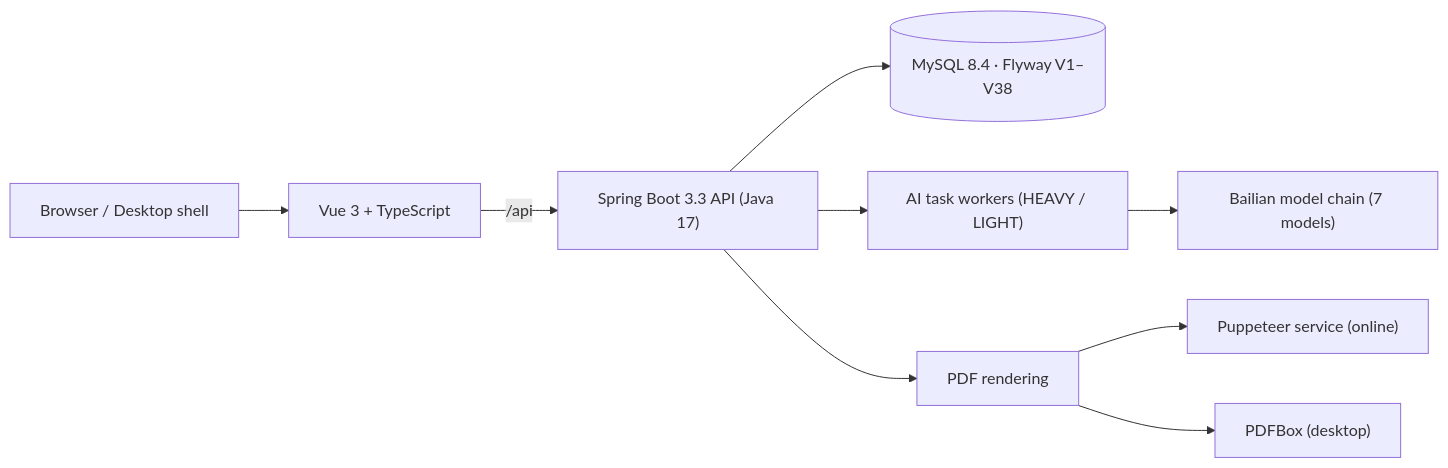
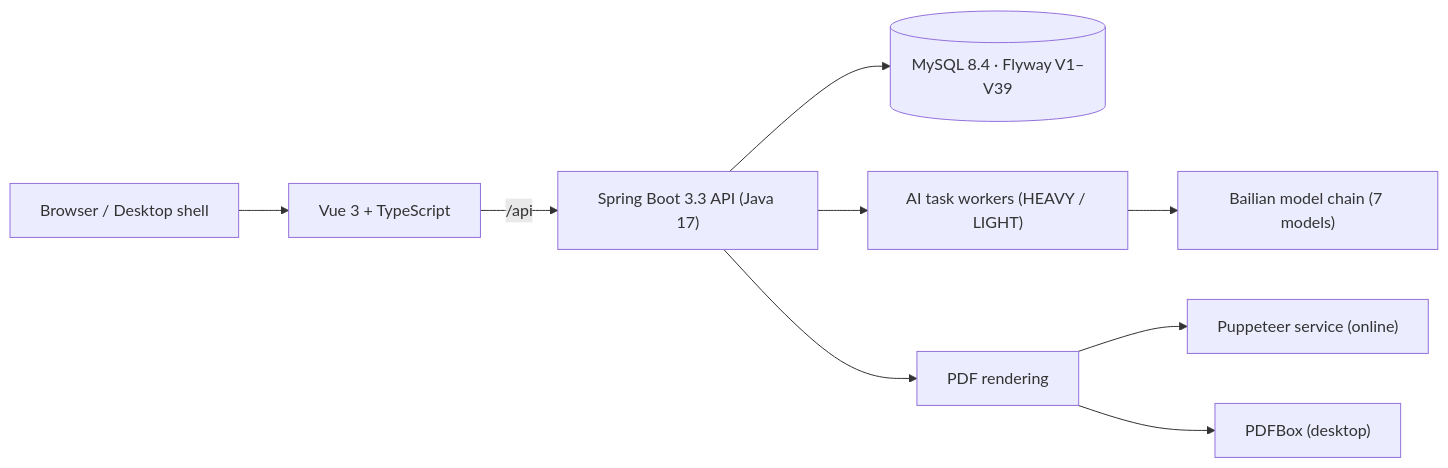
Before and after one commit to BYNekoNay/intelligent-resume-builder: the diagram in README.en.md, drawn with Mermaid. The commit also changed 5 other files, not shown here.

````diff
--- a/README.en.md
+++ b/README.en.md
@@ -22,11 +22,11 @@
 ```mermaid
 flowchart LR
   B["Browser / Desktop shell"] --> W["Vue 3 + TypeScript"]
   W -->|"/api"| A["Spring Boot 3.3 API (Java 17)"]
-  A --> DB[("MySQL 8.4 · Flyway V1–V38")]
+  A --> DB[("MySQL 8.4 · Flyway V1–V39")]
   A --> WK["AI task workers (HEAVY / LIGHT)"]
   WK --> LLM["Bailian model chain (7 models)"]
   A --> PDF["PDF rendering"]
   PDF --> P1["Puppeteer service (online)"]
   PDF --> P2["PDFBox (desktop)"]
 ```
````
